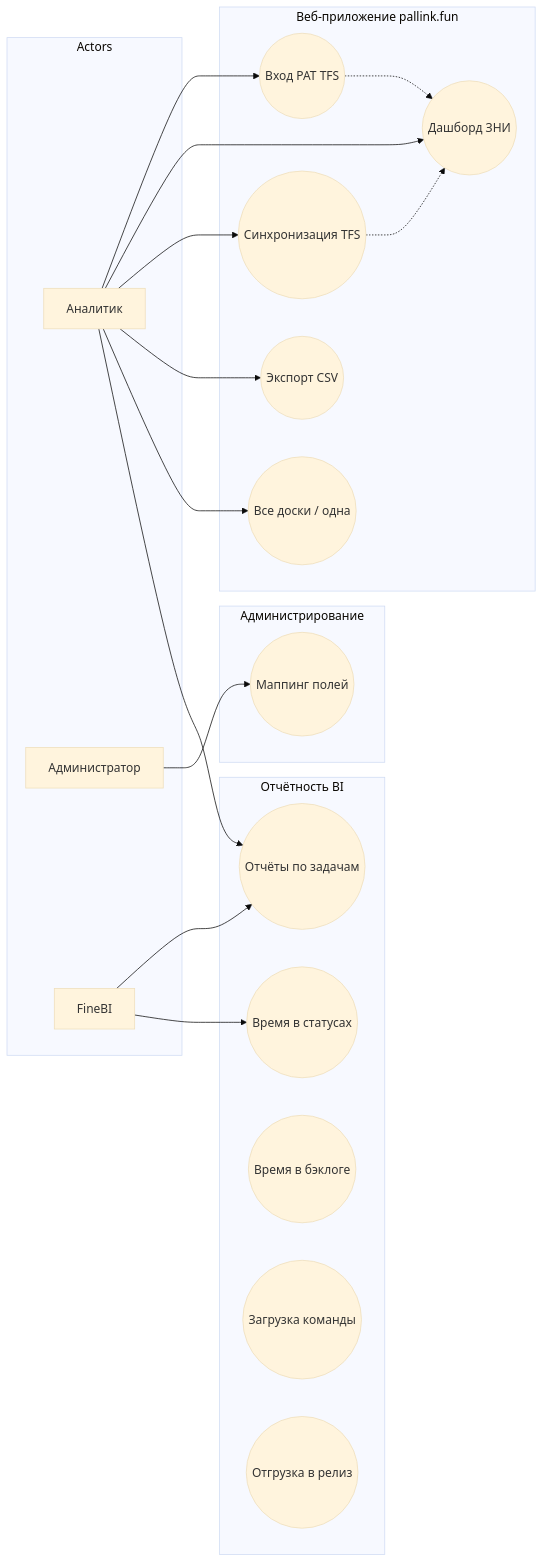
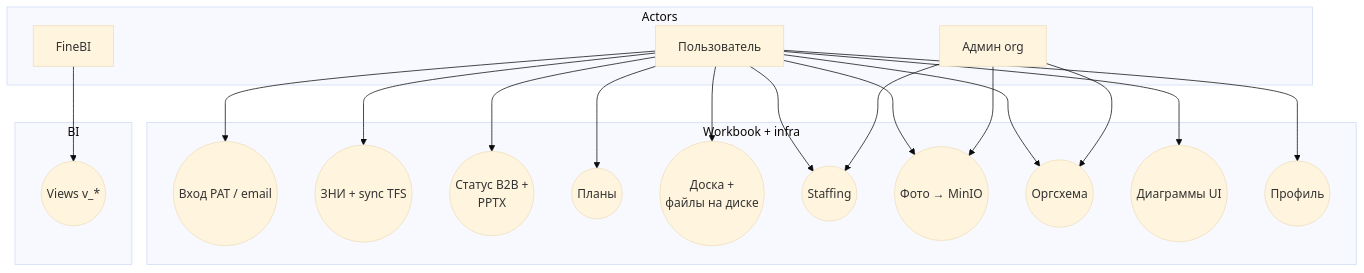
Before and after one commit to volchonok16/reporting: the fifth of 9 diagrams in docs/diagrams.md, drawn with Mermaid (base theme). The commit also changed other lines of this file and 36 other files, not shown here.

````diff
--- a/docs/diagrams.md
+++ b/docs/diagrams.md
@@ -194,40 +224,40 @@
 ```mermaid
-flowchart LR
+flowchart TB
     subgraph Actors
-        A1[Аналитик]
-        A2[Администратор]
+        A1[Пользователь]
+        A2[Админ org]
         A4[FineBI]
     end
 
-    subgraph Web["Веб-приложение pallink.fun"]
-        UC_AUTH((Вход PAT TFS))
-        UC_DASH((Дашборд ЗНИ))
-        UC_SYNC((Синхронизация TFS))
-        UC_EXPORT((Экспорт CSV))
-        UC_BOARD((Все доски / одна))
+    subgraph Web["Workbook + infra"]
+        UC_AUTH((Вход PAT / email))
+        UC_DASH((ЗНИ + sync TFS))
+        UC_B2B((Статус B2B +\nPPTX))
+        UC_ROAD((Планы))
+        UC_YJ((Доска +\nфайлы на диске))
+        UC_STAFF((Staffing))
+        UC_PHOTO((Фото → MinIO))
+        UC_ORG((Оргсхема))
+        UC_DIAG((Диаграммы UI))
+        UC_PROFILE((Профиль))
     end
 
-    subgraph BI["Отчётность BI"]
-        UC1((Отчёты по задачам))
-        UC2((Время в статусах))
-        UC3((Время в бэклоге))
-        UC4((Загрузка команды))
-        UC5((Отгрузка в релиз))
-    end
-
-    subgraph Admin["Администрирование"]
-        UC6((Маппинг полей))
+    subgraph BI["BI"]
+        UC2((Views v_*))
     end
 
     A1 --> UC_AUTH
     A1 --> UC_DASH
-    A1 --> UC_SYNC
-    A1 --> UC_EXPORT
-    A1 --> UC_BOARD
-    A1 --> UC1
-    A4 --> UC1
+    A1 --> UC_B2B
+    A1 --> UC_ROAD
+    A1 --> UC_YJ
+    A1 --> UC_STAFF
+    A1 --> UC_PHOTO
+    A1 --> UC_ORG
+    A1 --> UC_DIAG
+    A1 --> UC_PROFILE
+    A2 --> UC_ORG
+    A2 --> UC_STAFF
+    A2 --> UC_PHOTO
     A4 --> UC2
-    A2 --> UC6
-    UC_SYNC -.-> UC_DASH
-    UC_AUTH -.-> UC_DASH
 ```
````
